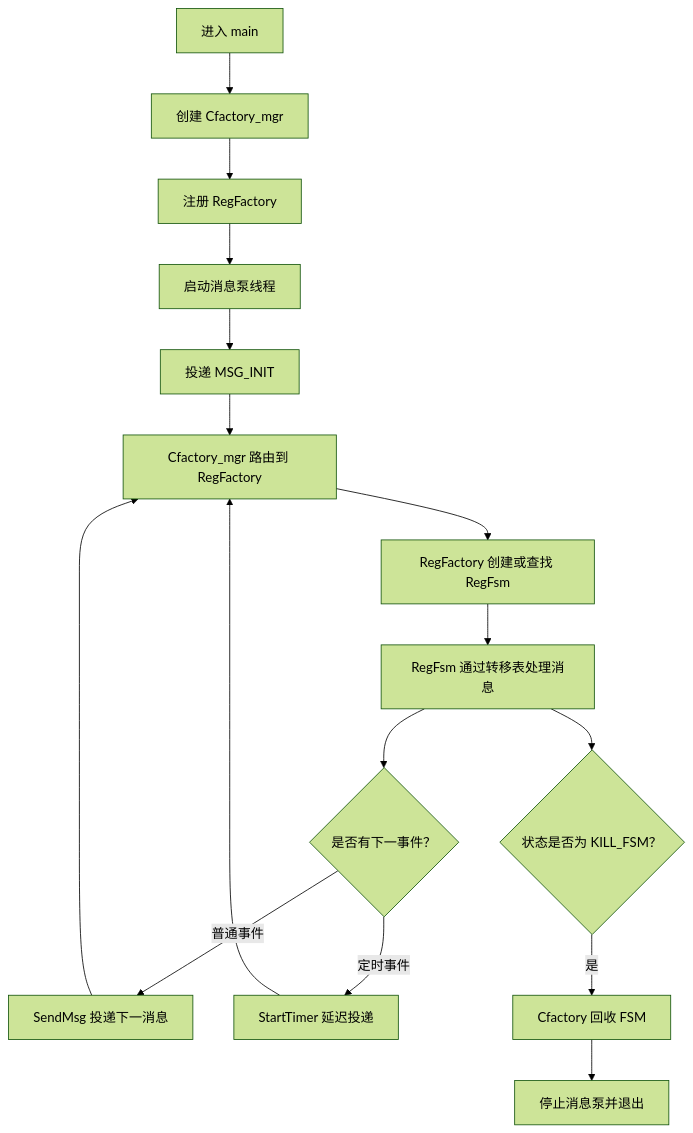
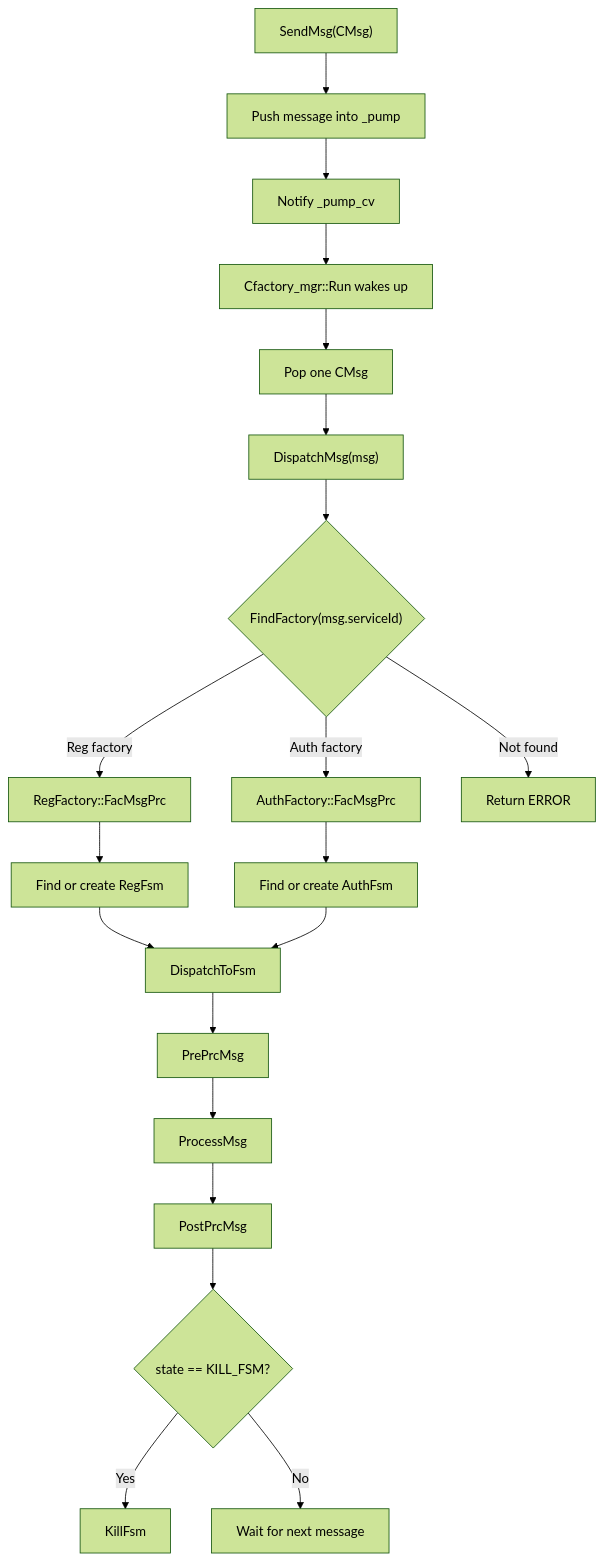
The third of 9 diagrams in docs/design.md (uefva/FsmFramework), drawn with Mermaid (forest theme) before and after one commit. The commit also changed other lines of this file and 1 other file, not shown here.

````diff
--- a/docs/design.md
+++ b/docs/design.md
@@ -367,18 +446,26 @@
 ```mermaid
 flowchart TD
-    A["进入 main"] --> B["创建 Cfactory_mgr"]
-    B --> C["注册 RegFactory"]
-    C --> D["启动消息泵线程"]
-    D --> E["投递 MSG_INIT"]
-    E --> F["Cfactory_mgr 路由到 RegFactory"]
-    F --> G["RegFactory 创建或查找 RegFsm"]
-    G --> H["RegFsm 通过转移表处理消息"]
-    H --> I{"是否有下一事件？"}
-    I -- "普通事件" --> J["SendMsg 投递下一消息"]
-    I -- "定时事件" --> K["StartTimer 延迟投递"]
-    J --> F
-    K --> F
-    H --> L{"状态是否为 KILL_FSM？"}
-    L -- "是" --> M["Cfactory 回收 FSM"]
-    M --> N["停止消息泵并退出"]
+    A["SendMsg(CMsg)"] --> B["Push message into _pump"]
+    B --> C["Notify _pump_cv"]
+    C --> D["Cfactory_mgr::Run wakes up"]
+    D --> E["Pop one CMsg"]
+    E --> F["DispatchMsg(msg)"]
+    F --> G{"FindFactory(msg.serviceId)"}
+
+    G -- "Reg factory" --> H["RegFactory::FacMsgPrc"]
+    G -- "Auth factory" --> I["AuthFactory::FacMsgPrc"]
+    G -- "Not found" --> J["Return ERROR"]
+
+    H --> K["Find or create RegFsm"]
+    I --> L["Find or create AuthFsm"]
+
+    K --> M["DispatchToFsm"]
+    L --> M
+
+    M --> N["PrePrcMsg"]
+    N --> O["ProcessMsg"]
+    O --> P["PostPrcMsg"]
+    P --> Q{"state == KILL_FSM?"}
+    Q -- "Yes" --> R["KillFsm"]
+    Q -- "No" --> S["Wait for next message"]
 ```
````
